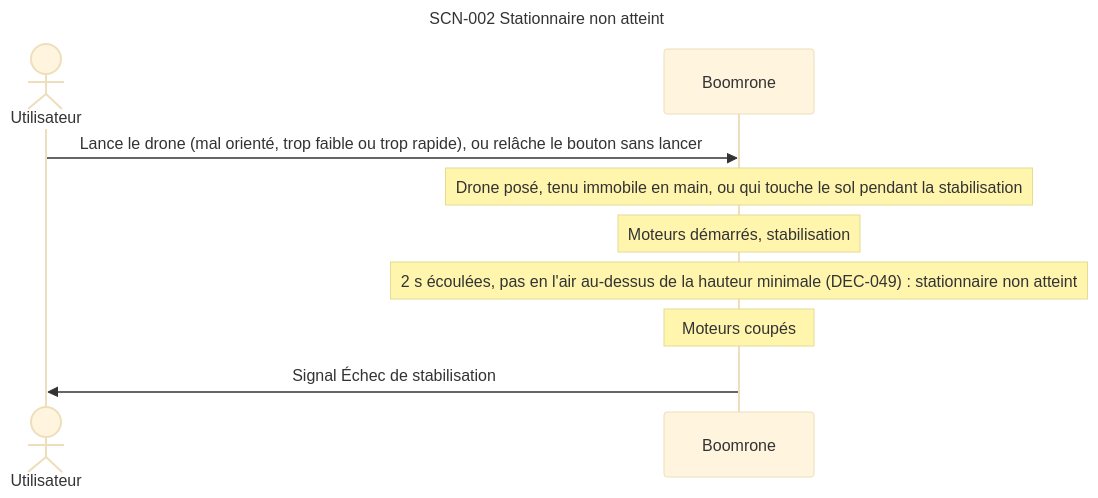
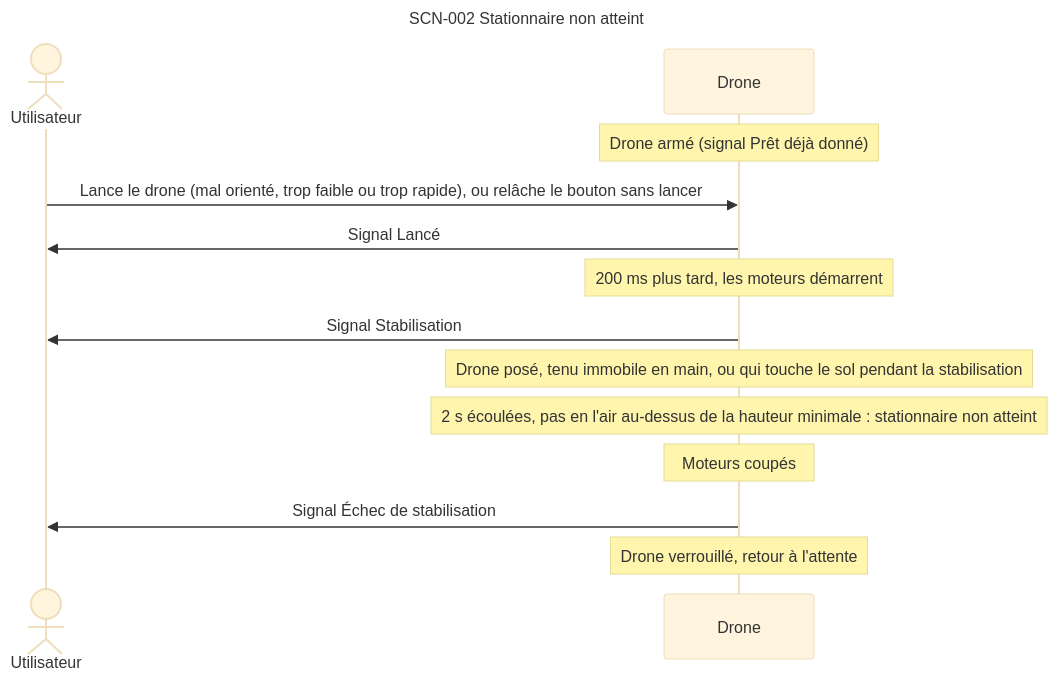
The sixth of 15 diagrams in projets/boomrone/00-scenarios.md (thourymatthieu-png/coworker_archi_system), drawn with Mermaid (base theme) before and after one commit. The commit also changed other lines of this file and 5 other files, not shown here.

Commit message:
Boomrone : diagrammes d'ensemble scindés (a, b, c), glossaire, relectures de porte, DEC-083 à DEC-086, doutes DOU-085 à DOU-090

````diff
--- a/projets/boomrone/00-scenarios.md
+++ b/projets/boomrone/00-scenarios.md
@@ -213,14 +351,18 @@
 ```mermaid
 ---
 title: "SCN-002 Stationnaire non atteint"
 ---
 sequenceDiagram
     actor U as Utilisateur
-    participant D as Boomrone
+    participant D as Drone
+    Note over D: Drone armé (signal Prêt déjà donné)
     U->>D: Lance le drone (mal orienté, trop faible ou trop rapide), ou relâche le bouton sans lancer
+    D->>U: Signal Lancé
+    Note over D: 200 ms plus tard, les moteurs démarrent
+    D->>U: Signal Stabilisation
     Note over D: Drone posé, tenu immobile en main, ou qui touche le sol pendant la stabilisation
-    Note over D: Moteurs démarrés, stabilisation
-    Note over D: 2 s écoulées, pas en l'air au-dessus de la hauteur minimale (DEC-049) : stationnaire non atteint
+    Note over D: 2 s écoulées, pas en l'air au-dessus de la hauteur minimale : stationnaire non atteint
     Note over D: Moteurs coupés
     D->>U: Signal Échec de stabilisation
+    Note over D: Drone verrouillé, retour à l'attente
 ```
````
